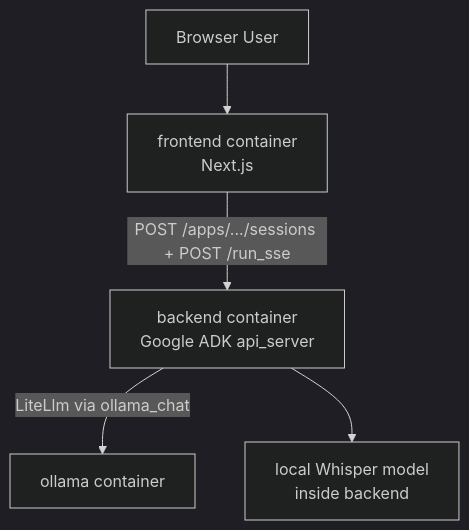
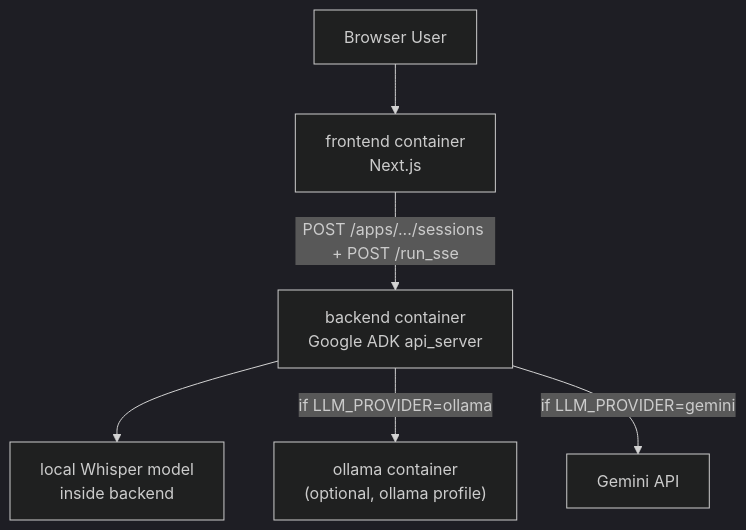
The diagram in README.md (rahulkvr/MediSprache), drawn with Mermaid (dark theme) before and after one commit. The commit also changed other lines of this file and 8 other files, not shown here.

````diff
--- a/README.md
+++ b/README.md
@@ -51,13 +57,15 @@
 ```mermaid
 flowchart TD
     user["Browser User"]
     frontend["frontend container\nNext.js"]
     backend["backend container\nGoogle ADK api_server"]
-    ollama["ollama container"]
+    ollama["ollama container\n(optional, ollama profile)"]
     whisper["local Whisper model\ninside backend"]
+    gemini["Gemini API"]
 
     user --> frontend
     frontend -->|"POST /apps/.../sessions + POST /run_sse"| backend
-    backend -->|"LiteLlm via ollama_chat"| ollama
     backend --> whisper
+    backend -->|"if LLM_PROVIDER=ollama"| ollama
+    backend -->|"if LLM_PROVIDER=gemini"| gemini
 ```
````
